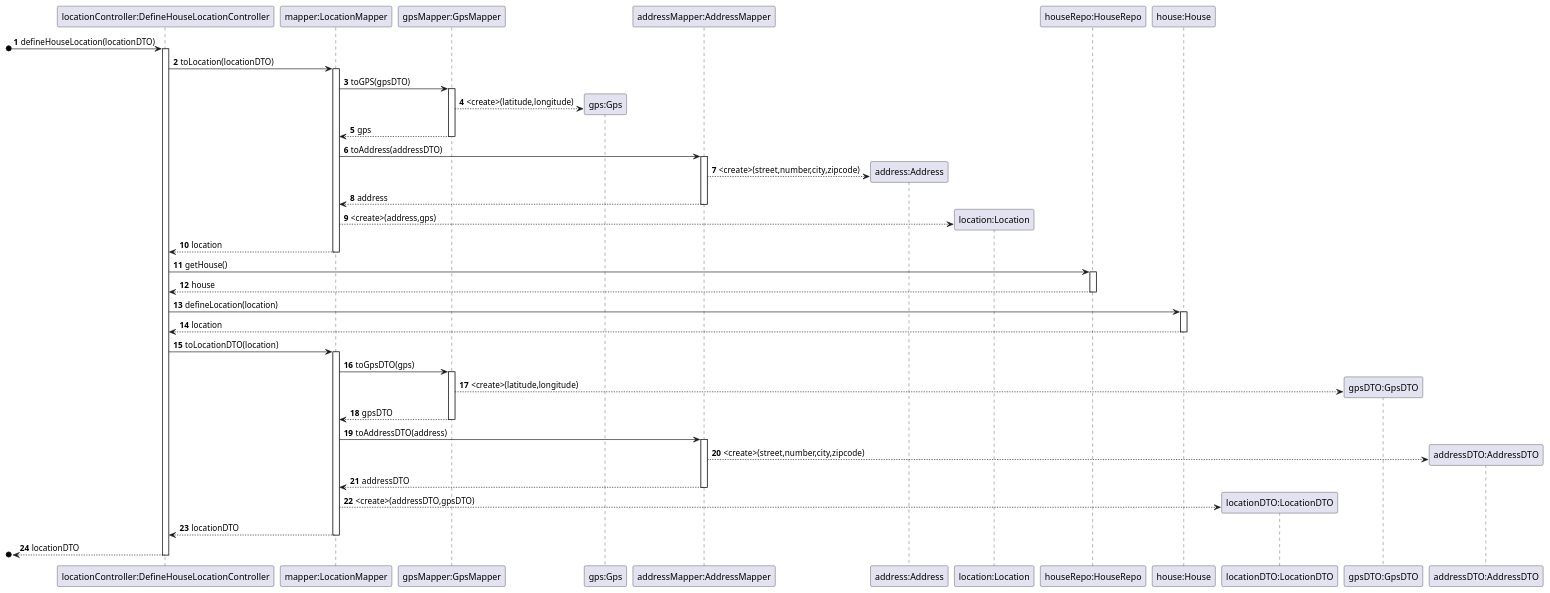
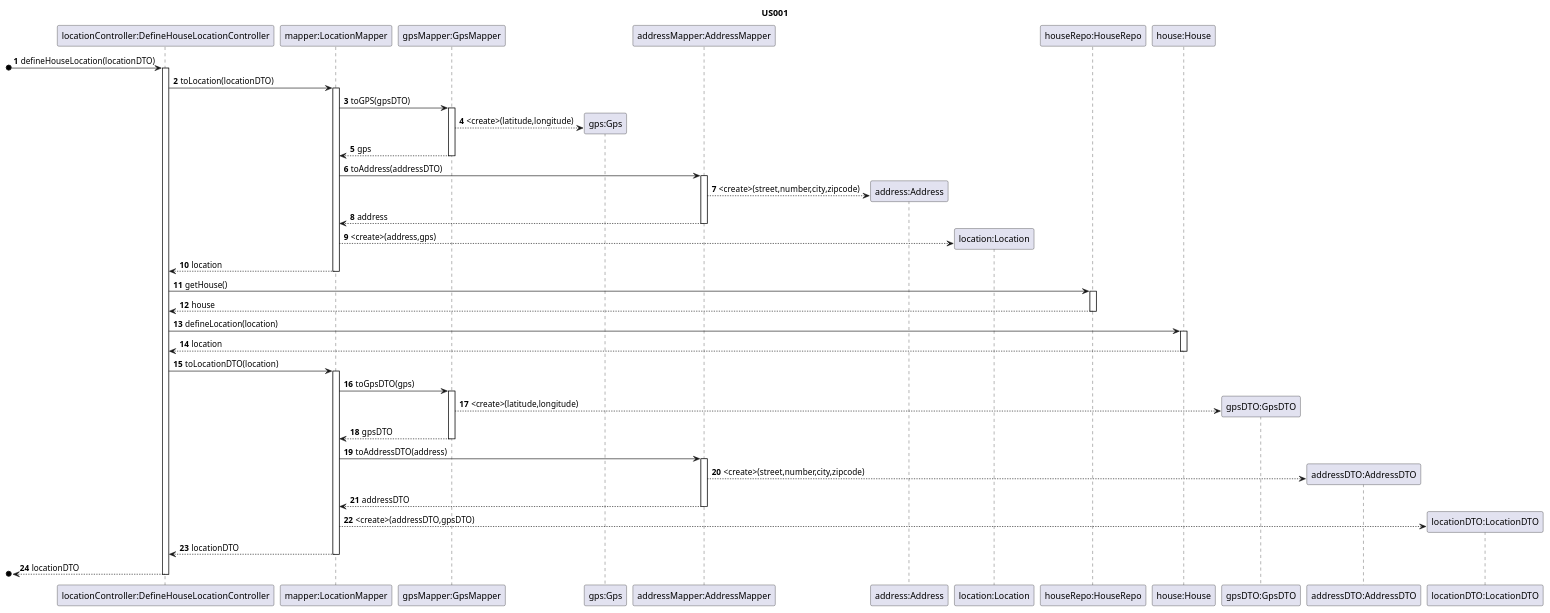
Before and after one commit to ozepedrorodrigues/projetoIntermedio: the diagram in docs/sequence/US001_DDD.puml, drawn with PlantUML. The commit also changed 2 other files, not shown here.

```diff
--- a/docs/sequence/US001_DDD.puml
+++ b/docs/sequence/US001_DDD.puml
@@ -1,63 +1,64 @@
 @startuml
 'https://plantuml.com/sequence-diagram
 
 autonumber
+
+title US001
 
 participant "locationController:DefineHouseLocationController" as LC
 participant "mapper:LocationMapper" as M
 participant "gpsMapper:GpsMapper" as G
 participant "gps:Gps" as GPS
 participant "addressMapper:AddressMapper" as A
 participant "address:Address" as AD
 participant "location:Location" as L
 participant "houseRepo:HouseRepo" as HF
 participant "house:House" as H
-participant "locationDTO:LocationDTO" as DTO
 participant "gpsDTO:GpsDTO" as GPSDTO
 participant "addressDTO:AddressDTO" as ADTO
+participant "locationDTO:LocationDTO" as DTO
 
 [o-> LC : defineHouseLocation(locationDTO)
-
 activate LC
 LC->M : toLocation(locationDTO)
 activate M
 M->G : toGPS(gpsDTO)
 activate G
 G-->GPS** : <create>(latitude,longitude)
 G-->M : gps
 deactivate G
 M->A : toAddress(addressDTO)
 activate A
 A-->AD** : <create>(street,number,city,zipcode)
 A-->M : address
 deactivate A
 M-->L** : <create>(address,gps)
 M-->LC : location
 deactivate M
 LC->HF : getHouse()
 activate HF
 HF-->LC : house
 deactivate HF
 LC->H : defineLocation(location)
 activate H
 H-->LC : location
 deactivate H
 LC -> M : toLocationDTO(location)
 activate M
 M->G : toGpsDTO(gps)
 activate G
 G-->GPSDTO** : <create>(latitude,longitude)
 G-->M : gpsDTO
 deactivate G
 M->A : toAddressDTO(address)
 activate A
 A-->ADTO** : <create>(street,number,city,zipcode)
 A-->M : addressDTO
 deactivate A
 M-->DTO** : <create>(addressDTO,gpsDTO)
 M-->LC : locationDTO
 deactivate M
 [o<-- LC : locationDTO
 deactivate LC
 
 @enduml
```
